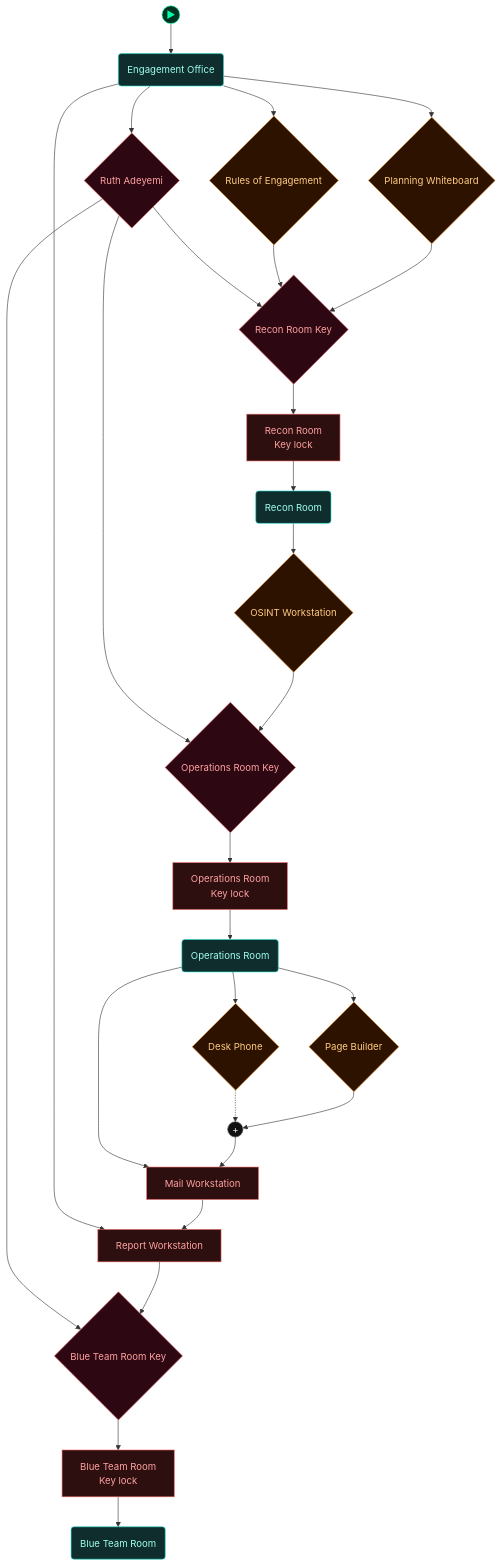
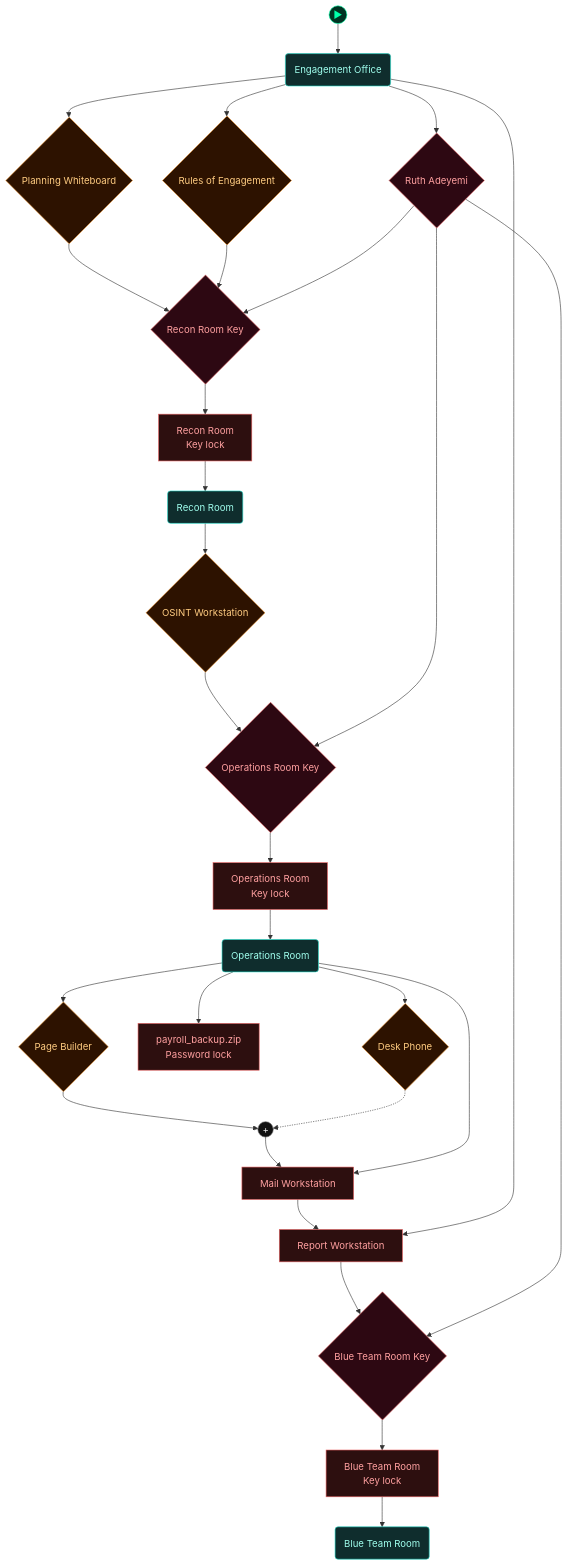
Before and after one commit to cliffe/BreakEscape: the first of 5 diagrams in scenarios/lab_social_engineering/dungeon_graph.md, drawn with Mermaid. The commit also changed other lines of this file and 4 other files, not shown here.

Commit message:
SE lab captures: optional Escalate aim (foothold + reused-password archive), zip on Sofia's desktop (nested password container, same captured password), scope sheet authorises payloads/foothold; container minigame opens locked nested containers

````diff
--- a/scenarios/lab_social_engineering/dungeon_graph.md
+++ b/scenarios/lab_social_engineering/dungeon_graph.md
@@ -51,74 +51,76 @@
 ```mermaid
 flowchart TD
 
   classDef room      fill:#0f2d2d,stroke:#22ddcc,color:#a0ffee
   classDef lock      fill:#2d0f0f,stroke:#e66060,color:#ffa0a0
   classDef key       fill:#2d0812,stroke:#e66060,color:#ffa0a0
   classDef item      fill:#2d1200,stroke:#e89030,color:#ffcc80
   classDef gate      fill:#111,stroke:#666,color:#eee
   classDef vm        fill:#0c1f40,stroke:#4a90d9,color:#a0c8ff
   classDef flag      fill:#1a0c2d,stroke:#9060d0,color:#cc99ff
   classDef action    fill:#1a1200,stroke:#cc9922,color:#ffee88
   classDef aim       fill:#0d2a0d,stroke:#44cc44,color:#88ff88
   classDef aim_gate  fill:#111111,stroke:#44cc44,color:#44cc44
   classDef container fill:#1a2d1a,stroke:#60b060,color:#a0e0a0
   classDef npc       fill:#2d1f0d,stroke:#d0a050,color:#ffe0a0
   classDef critical  fill:#2a1500,stroke:#ffaa00,color:#ffdd88
   classDef start     fill:#003322,stroke:#00ffaa,color:#00ffaa
 
   node_start(("▶"))
   node_start --> engagement_office
 
   door_recon_room["Recon Room<br/>Key lock"]
   recon_room("Recon Room")
   door_operations_room["Operations Room<br/>Key lock"]
   operations_room("Operations Room")
   door_blue_team_room["Blue Team Room<br/>Key lock"]
   blue_team_room("Blue Team Room")
   engagement_office("Engagement Office")
   rules_of_engagement{"Rules of Engagement"}
   planning_whiteboard{"Planning Whiteboard"}
   lock_report_workstation["Report Workstation"]
   npc_ruth_adeyemi{"Ruth Adeyemi"}
   recon_room_key{"Recon Room Key"}
   operations_room_key{"Operations Room Key"}
   blue_team_room_key{"Blue Team Room Key"}
   osint_workstation{"OSINT Workstation"}
   lock_mail_workstation["Mail Workstation"]
   page_builder{"Page Builder"}
+  lock_sofia_archive["payroll_backup.zip<br/>Password lock"]
   desk_phone{"Desk Phone"}
   andgate1((" + "))
 
   door_recon_room --> recon_room
   door_operations_room --> operations_room
   door_blue_team_room --> blue_team_room
   engagement_office --> rules_of_engagement
   engagement_office --> planning_whiteboard
   engagement_office --> lock_report_workstation
   engagement_office --> npc_ruth_adeyemi
   npc_ruth_adeyemi --> recon_room_key
   recon_room_key --> door_recon_room
   npc_ruth_adeyemi --> operations_room_key
   operations_room_key --> door_operations_room
   npc_ruth_adeyemi --> blue_team_room_key
   blue_team_room_key --> door_blue_team_room
   recon_room --> osint_workstation
   operations_room --> lock_mail_workstation
   lock_mail_workstation --> lock_report_workstation
   operations_room --> page_builder
+  operations_room --> lock_sofia_archive
   operations_room --> desk_phone
   desk_phone -.-> andgate1
   andgate1 --> lock_mail_workstation
   page_builder --> andgate1
   rules_of_engagement --> recon_room_key
   planning_whiteboard --> recon_room_key
   lock_report_workstation --> blue_team_room_key
   osint_workstation --> operations_room_key
 
-  class door_recon_room,door_operations_room,door_blue_team_room,lock_report_workstation,lock_mail_workstation lock
+  class door_recon_room,door_operations_room,door_blue_team_room,lock_report_workstation,lock_mail_workstation,lock_sofia_archive lock
   class recon_room,operations_room,blue_team_room,engagement_office room
   class rules_of_engagement,planning_whiteboard,osint_workstation,page_builder,desk_phone item
   class npc_ruth_adeyemi,recon_room_key,operations_room_key,blue_team_room_key key
   class andgate1 gate
   class node_start start
 ```
````
